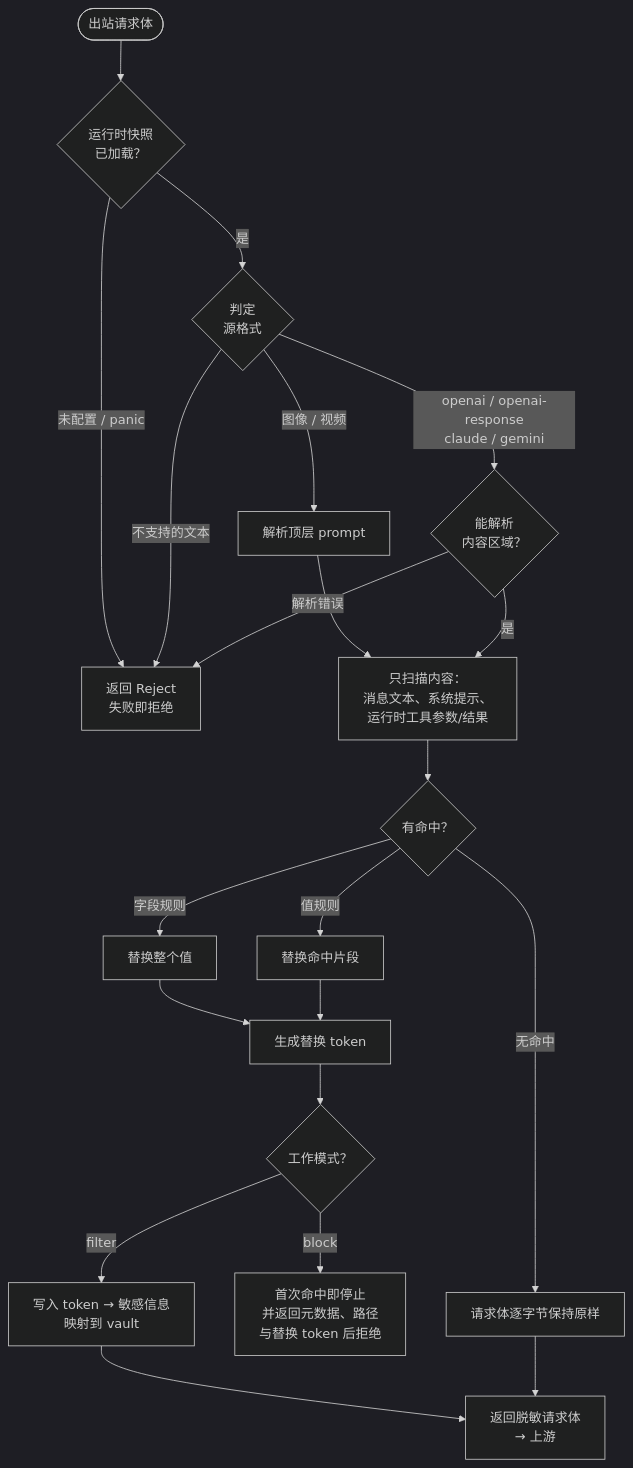
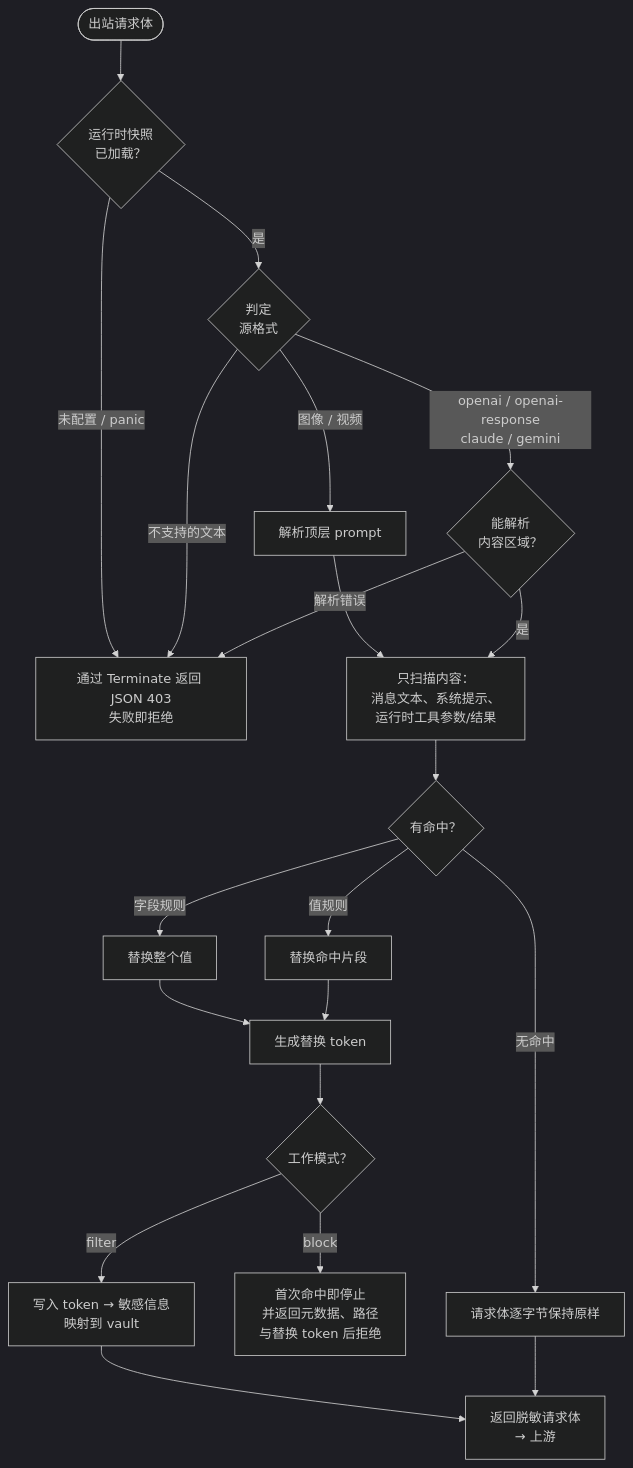
The second of 4 diagrams in README.zh-CN.md (jianhongyu136/plugin-privacy-filter), drawn with Mermaid (dark theme) before and after one commit. The commit also changed other lines of this file and 9 other files, not shown here.

Commit message:
fix: 适配 Terminate fail-closed 和 schema 3

````diff
--- a/README.zh-CN.md
+++ b/README.zh-CN.md
@@ -62,23 +62,23 @@
 ```mermaid
 flowchart TB
     start([出站请求体]) --> snap{运行时快照<br/>已加载？}
-    snap -->|未配置 / panic| reject[返回 Reject<br/>失败即拒绝]
+    snap -->|未配置 / panic| reject[通过 Terminate 返回 JSON 403<br/>失败即拒绝]
     snap -->|是| classify{判定<br/>源格式}
     classify -->|图像 / 视频| parsePrompt[解析顶层 prompt]
     parsePrompt --> scan
     classify -->|不支持的文本| reject
     classify -->|openai / openai-response<br/>claude / gemini| parse{能解析<br/>内容区域？}
     parse -->|解析错误| reject
     parse -->|是| scan[只扫描内容：<br/>消息文本、系统提示、<br/>运行时工具参数/结果]
     scan --> match{有命中？}
     match -->|字段规则| field[替换整个值]
     match -->|值规则| value[替换命中片段]
     field --> token[生成替换 token]
     value --> token
     token --> mode{工作模式？}
     mode -->|filter| store[写入 token → 敏感信息<br/>映射到 vault]
     store --> send[返回脱敏请求体<br/>→ 上游]
     mode -->|block| blocked[首次命中即停止<br/>并返回元数据、路径<br/>与替换 token 后拒绝]
     match -->|无命中| passthrough[请求体逐字节保持原样]
     passthrough --> send
 ```
````
